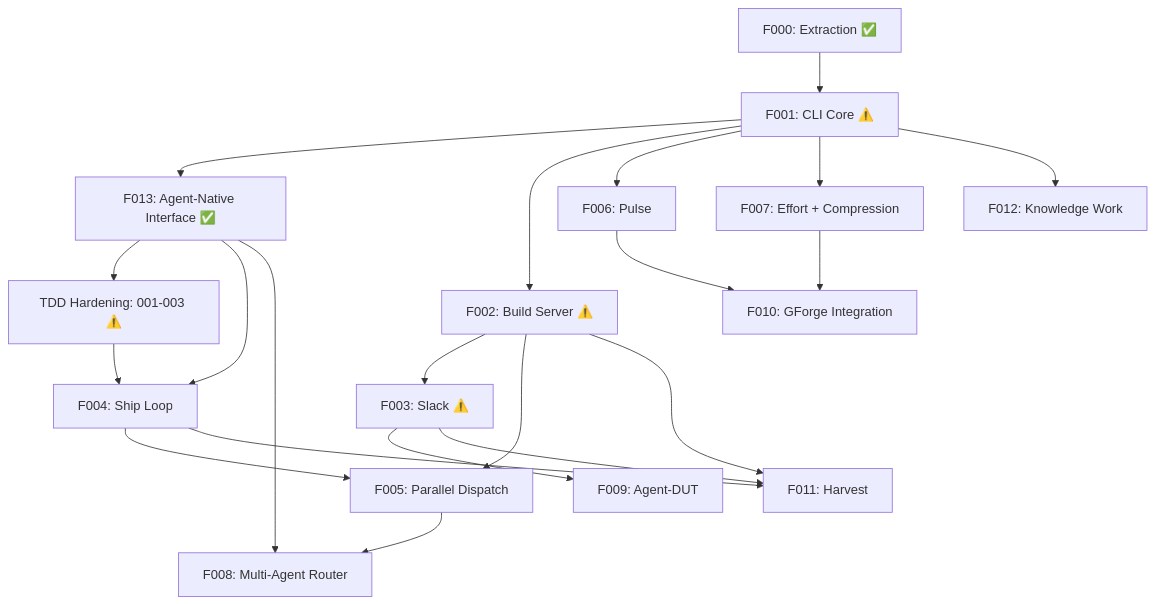
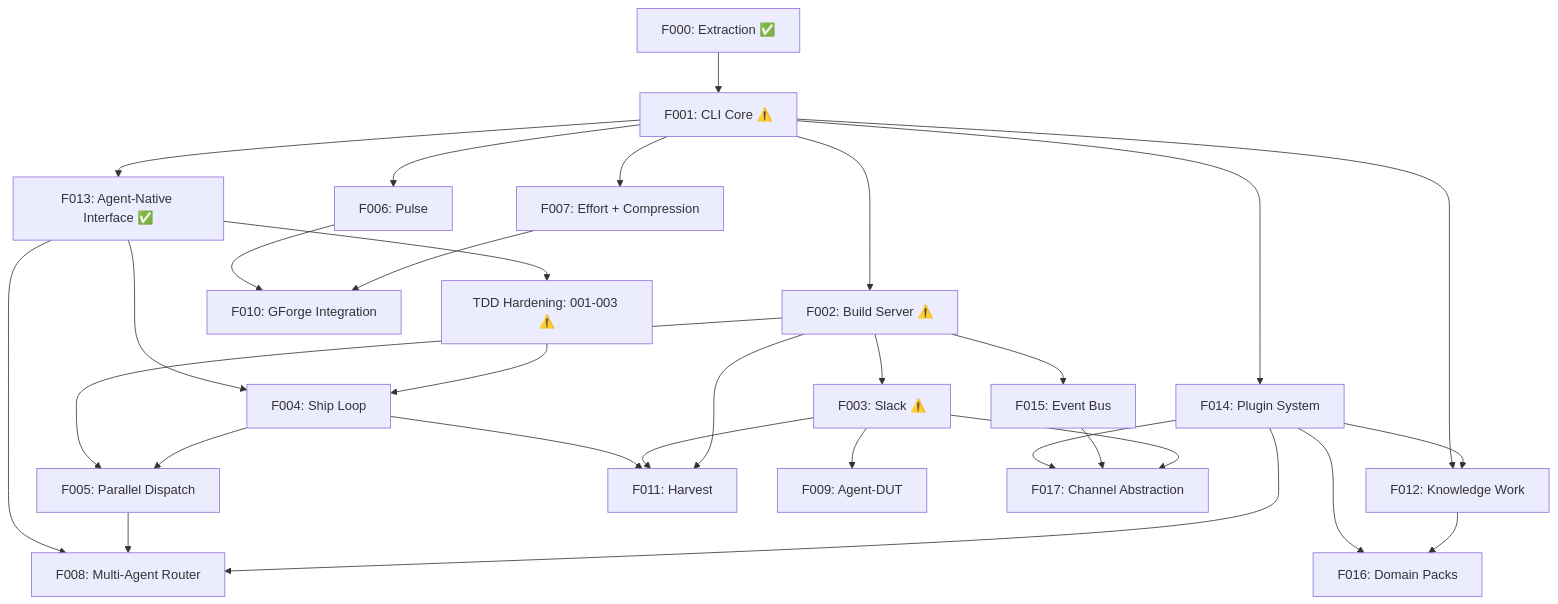
Before and after one commit to gforge-esc/gwrk: the diagram in specs/000-build-plan.md, drawn with Mermaid. The commit also changed other lines of this file and 3 other files, not shown here.

First line of the commit message:
build-plan(v9): register F014-F017 plugin architecture from OpenClaw research

````diff
--- a/specs/000-build-plan.md
+++ b/specs/000-build-plan.md
@@ -24,23 +24,32 @@
 ```mermaid
 graph TD
     F000["F000: Extraction ✅"] --> F001["F001: CLI Core ⚠️"]
     F001 --> F013["F013: Agent-Native Interface ✅"]
     F001 --> F002["F002: Build Server ⚠️"]
     F001 --> F006["F006: Pulse"]
     F001 --> F007["F007: Effort + Compression"]
     F001 --> F012["F012: Knowledge Work"]
+    F001 --> F014["F014: Plugin System"]
     F002 --> F003["F003: Slack ⚠️"]
     F002 --> F005["F005: Parallel Dispatch"]
+    F002 --> F015["F015: Event Bus"]
     F013 --> TDD["TDD Hardening: 001-003 ⚠️"]
     F013 --> F004["F004: Ship Loop"]
     F013 --> F008["F008: Multi-Agent Router"]
     TDD --> F004
     F004 --> F005
     F004 --> F011["F011: Harvest"]
     F005 --> F008
     F003 --> F009["F009: Agent-DUT"]
     F003 --> F011
     F002 --> F011
     F006 --> F010["F010: GForge Integration"]
     F007 --> F010
+    F014 --> F008
+    F014 --> F012
+    F014 --> F016["F016: Domain Packs"]
+    F014 --> F017["F017: Channel Abstraction"]
+    F015 --> F017
+    F003 --> F017
+    F012 --> F016
 ```
````
